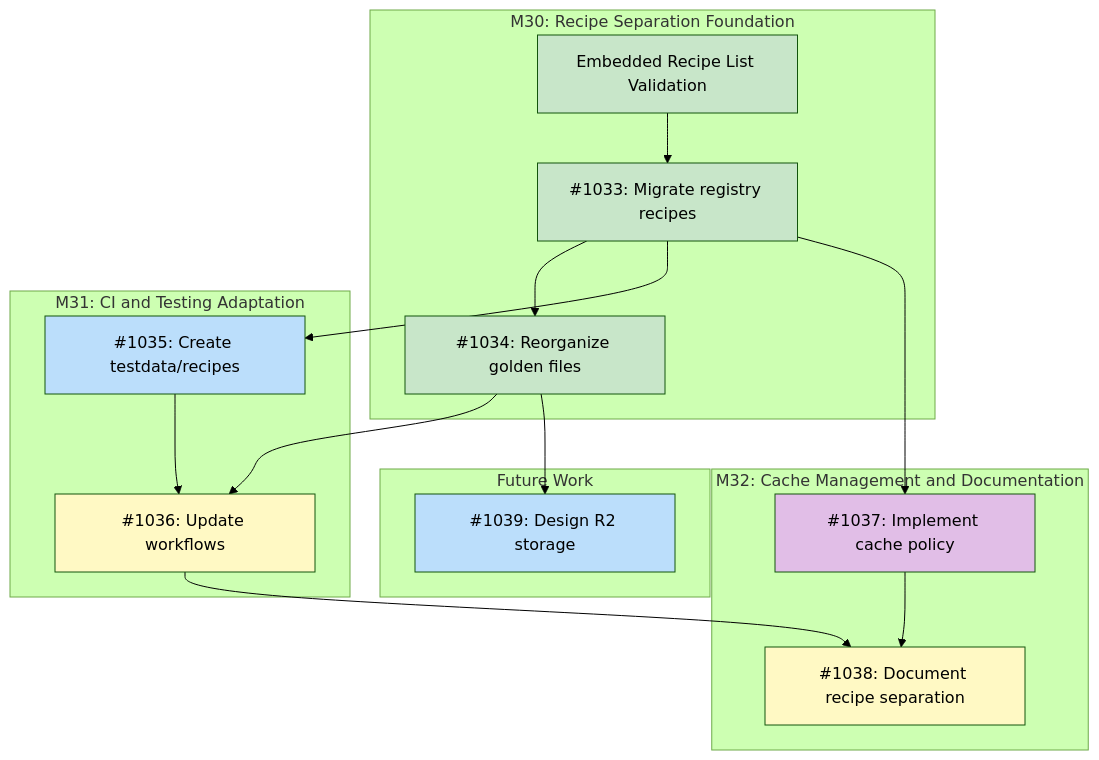
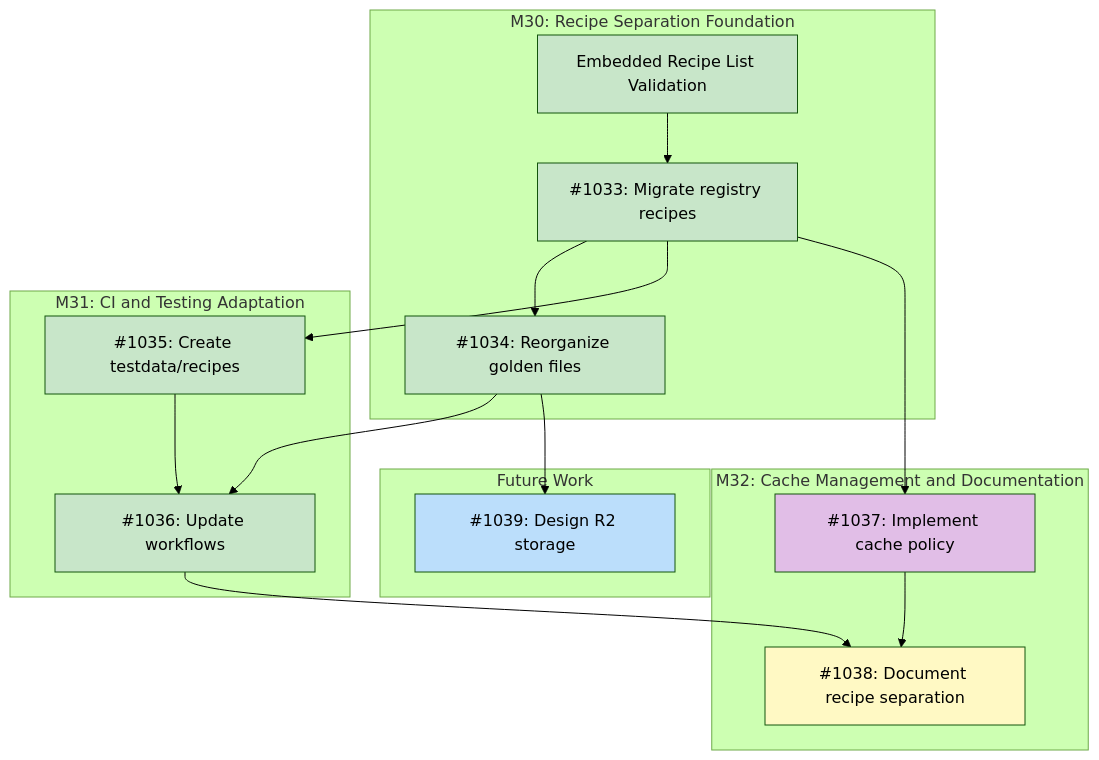
The diagram in docs/designs/DESIGN-recipe-registry-separation.md (tsukumogami/tsuku), drawn with Mermaid (forest theme) before and after one commit. The commit also changed other lines of this file and 4 other files, not shown here.

````diff
--- a/docs/designs/DESIGN-recipe-registry-separation.md
+++ b/docs/designs/DESIGN-recipe-registry-separation.md
@@ -46,45 +46,46 @@
 ```mermaid
 graph TD
     subgraph M30["M30: Recipe Separation Foundation"]
         ERLV["Embedded Recipe List Validation"]
         I1033["#1033: Migrate registry recipes"]
         I1034["#1034: Reorganize golden files"]
     end
 
     subgraph M31["M31: CI and Testing Adaptation"]
         I1035["#1035: Create testdata/recipes"]
         I1036["#1036: Update workflows"]
     end
 
     subgraph M32["M32: Cache Management and Documentation"]
         I1037["#1037: Implement cache policy"]
         I1038["#1038: Document recipe separation"]
     end
 
     subgraph Future["Future Work"]
         I1039["#1039: Design R2 storage"]
     end
 
     ERLV --> I1033
     I1033 --> I1034
     I1033 --> I1035
     I1033 --> I1037
     I1034 --> I1036
     I1035 --> I1036
     I1034 --> I1039
     I1036 --> I1038
     I1037 --> I1038
 
     classDef done fill:#c8e6c9
     classDef ready fill:#bbdefb
     classDef blocked fill:#fff9c4
     classDef needsDesign fill:#e1bee7
 
     class ERLV done
     class I1033 done
     class I1034 done
-    class I1035 ready
-    class I1036,I1038 blocked
+    class I1035 done
+    class I1036 done
+    class I1038 blocked
     class I1037 needsDesign
     class I1039 ready
 ```
````
